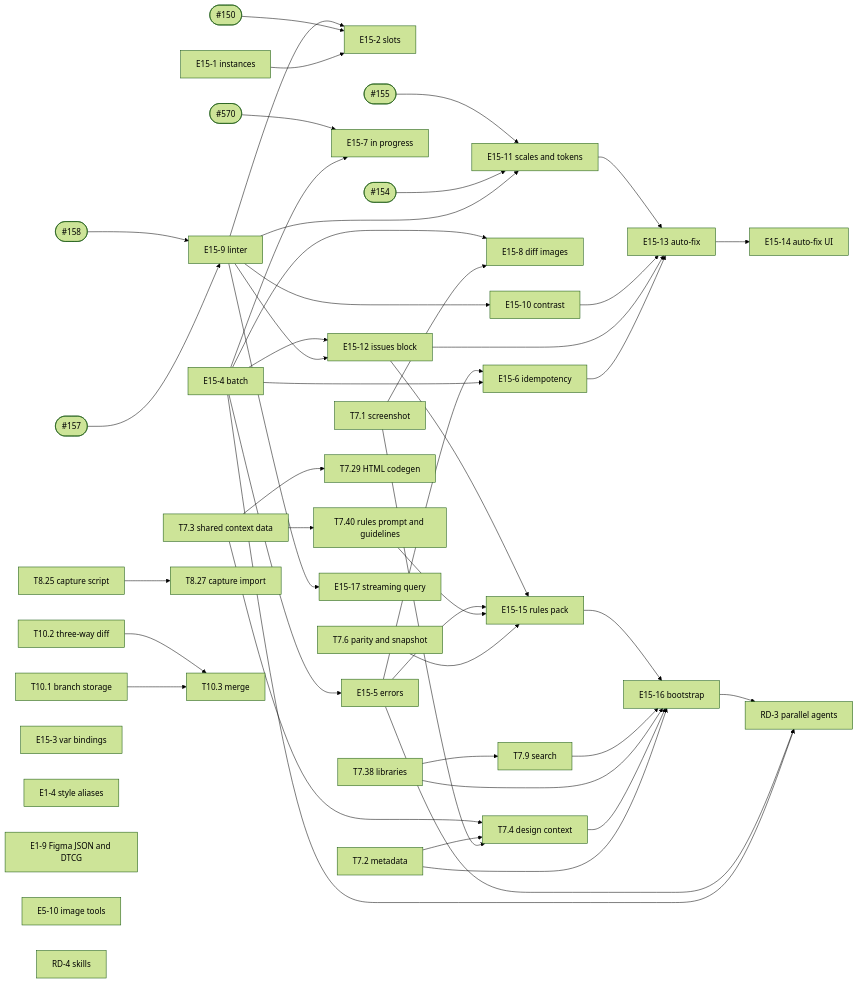
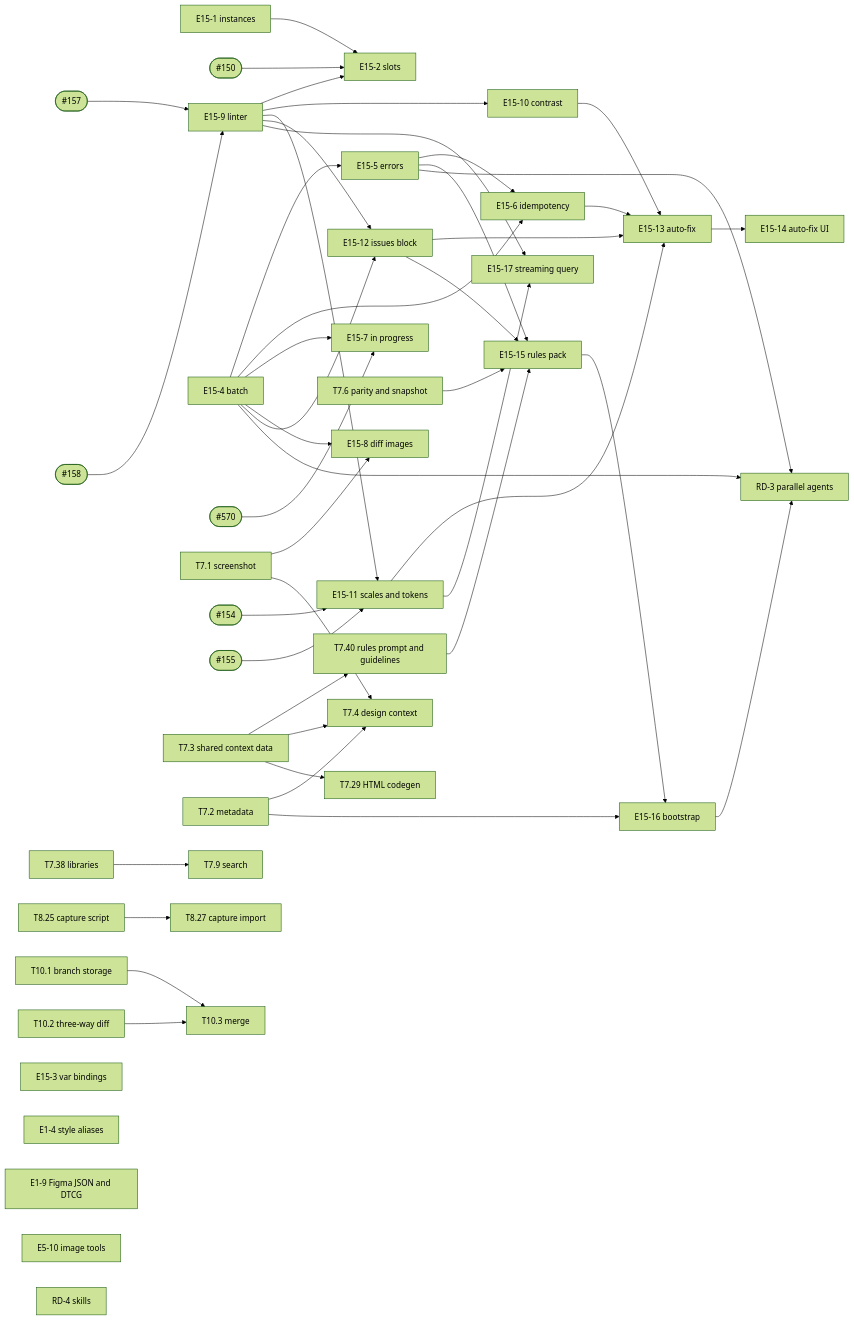
One commit to NamAIEngineer/design-os-studio changed the diagram in docs/specs/v0.6/README.md. Above: the diagram before and after it, drawn with Mermaid (forest theme). The commit also changed other lines of this file and 606 other files, not shown here.

````diff
--- a/docs/specs/v0.6/README.md
+++ b/docs/specs/v0.6/README.md
@@ -71,53 +71,51 @@
 ```mermaid
 graph LR
   E15_1[E15-1 instances] --> E15_2[E15-2 slots]
   X150([#150]) --> E15_2
   E15_9 --> E15_2
   E15_4[E15-4 batch] --> E15_5[E15-5 errors]
   E15_4 --> E15_6[E15-6 idempotency]
   E15_5 --> E15_6
   E15_6 --> E15_13
   E15_4 --> E15_7[E15-7 in progress]
   X570([#570]) --> E15_7
   T7_1[T7.1 screenshot] --> E15_8[E15-8 diff images]
   E15_4 --> E15_8
   X157([#157]) --> E15_9[E15-9 linter]
   X158([#158]) --> E15_9
   E15_9 --> E15_10[E15-10 contrast]
   E15_9 --> E15_11[E15-11 scales and tokens]
   X154([#154]) --> E15_11
   X155([#155]) --> E15_11
   E15_9 --> E15_12[E15-12 issues block]
   E15_4 --> E15_12
   E15_12 --> E15_13[E15-13 auto-fix]
   E15_10 --> E15_13
   E15_11 --> E15_13
   E15_13 --> E15_14[E15-14 auto-fix UI]
   T7_3[T7.3 shared context data] --> T7_40[T7.40 rules prompt and guidelines]
   T7_6[T7.6 parity and snapshot] --> E15_15[E15-15 rules pack]
   T7_40 --> E15_15
   E15_5 --> E15_15
   E15_12 --> E15_15
   T7_1 --> T7_4[T7.4 design context]
   T7_2[T7.2 metadata] --> T7_4
   T7_3 --> T7_4
   T7_3 --> T7_29[T7.29 HTML codegen]
   T7_38[T7.38 libraries] --> T7_9[T7.9 search]
   T7_2 --> E15_16[E15-16 bootstrap]
-  T7_4 --> E15_16
-  T7_38 --> E15_16
-  T7_9 --> E15_16
   E15_15 --> E15_16
   E15_9 --> E15_17[E15-17 streaming query]
+  E15_11 --> E15_17
   E15_4 --> RD3[RD-3 parallel agents]
   E15_5 --> RD3
   E15_16 --> RD3
   T8_25[T8.25 capture script] --> T8_27[T8.27 capture import]
   T10_1[T10.1 branch storage] --> T10_3[T10.3 merge]
   T10_2[T10.2 three-way diff] --> T10_3
   E15_3[E15-3 var bindings]
   E1_4[E1-4 style aliases]
   E1_9[E1-9 Figma JSON and DTCG]
   E5_10[E5-10 image tools]
   RD4[RD-4 skills]
 ```
````
